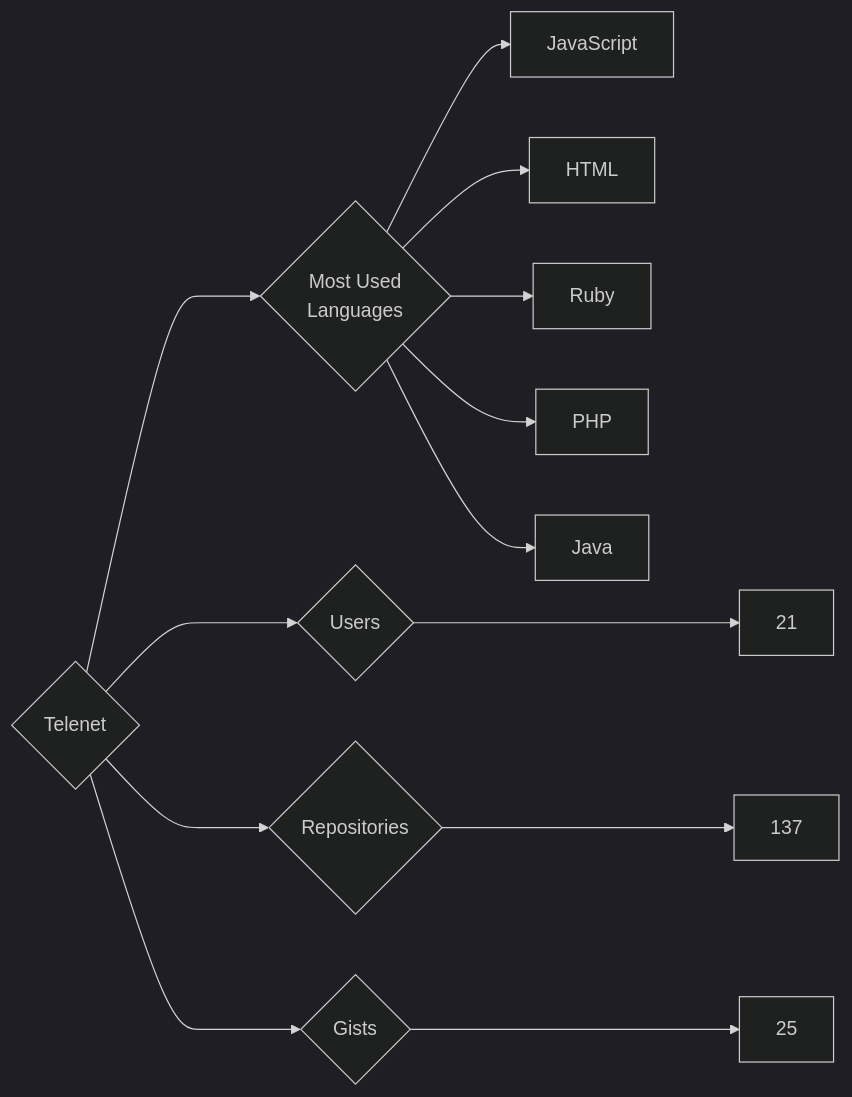
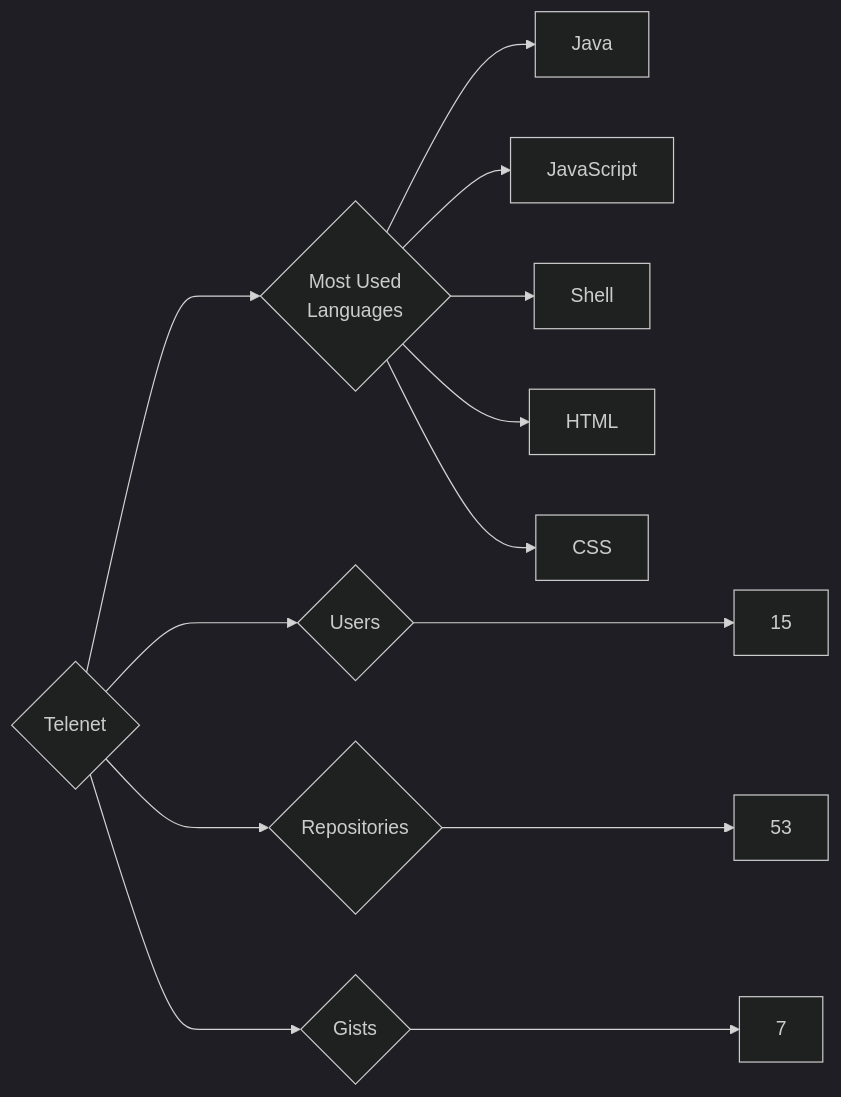
Before and after one commit to trickest/insiders: the diagram in targets/Telenet/README.md, drawn with Mermaid (dark theme). The commit also changed 728 other files, not shown here.

````diff
--- a/targets/Telenet/README.md
+++ b/targets/Telenet/README.md
@@ -3,13 +3,13 @@
 ```mermaid
 graph LR
 COMPANY_NAME{Telenet}
-COMPANY_NAME ---> U{Users} ---> UN[21]
-COMPANY_NAME ---> R{Repositories} ---> RN[137]
-COMPANY_NAME ---> G{Gists} ---> GN[25]
+COMPANY_NAME ---> U{Users} ---> UN[15]
+COMPANY_NAME ---> R{Repositories} ---> RN[53]
+COMPANY_NAME ---> G{Gists} ---> GN[7]
 COMPANY_NAME ---> ML{Most Used<br>Languages}
+ML --> Java[Java]
 ML --> JavaScript[JavaScript]
+ML --> Shell[Shell]
 ML --> HTML[HTML]
-ML --> Ruby[Ruby]
-ML --> PHP[PHP]
-ML --> Java[Java]
+ML --> CSS[CSS]
 ```
````
